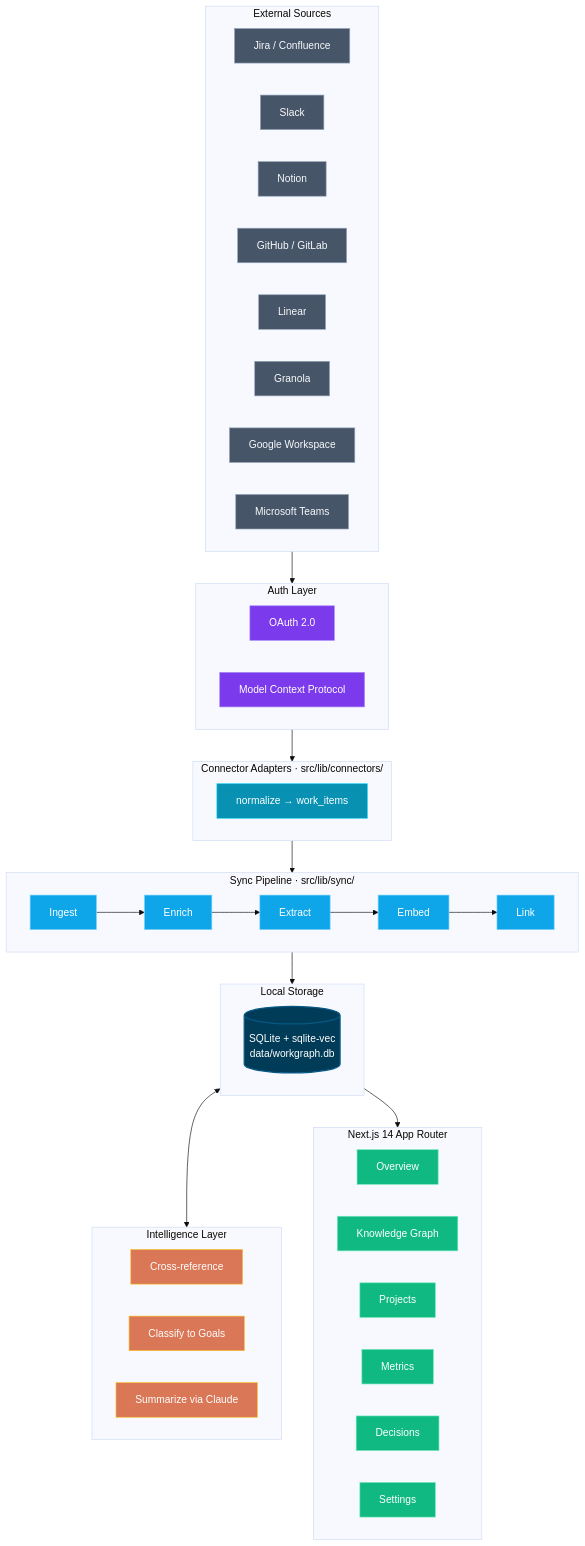
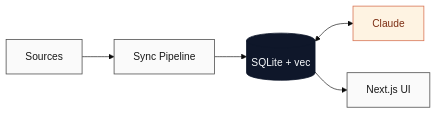
Before and after one commit to pyalwin/workgraph: the diagram in README.md, drawn with Mermaid (base theme). The commit also changed other lines of this file, not shown here.

Commit message:
docs: compact monochrome architecture diagram, drop sequence diagram
5-node horizontal flow with two accents (storage dark, Claude warm),
neutral palette elsewhere. Drops the sequence diagram in favor of the
existing numbered Data Flow list.

````diff
--- a/README.md
+++ b/README.md
@@ -66,73 +66,15 @@
 ```mermaid
-flowchart TD
-    subgraph SOURCES["External Sources"]
-        direction LR
-        S1[Jira / Confluence]
-        S2[Slack]
-        S3[Notion]
-        S4[GitHub / GitLab]
-        S5[Linear]
-        S6[Granola]
-        S7[Google Workspace]
-        S8[Microsoft Teams]
-    end
+flowchart LR
+    Src["Sources"] --> Sync["Sync Pipeline"]
+    Sync --> DB[("SQLite + vec")]
+    DB <--> AI["Claude"]
+    DB --> UI["Next.js UI"]
 
-    subgraph AUTH["Auth Layer"]
-        direction LR
-        A1[OAuth 2.0]
-        A2[Model Context Protocol]
-    end
+    classDef base fill:#fafafa,stroke:#525252,color:#171717,stroke-width:1.25px
+    classDef store fill:#0f172a,stroke:#0f172a,color:#f8fafc,stroke-width:1.25px
+    classDef ai fill:#fef3e2,stroke:#D97757,color:#7c2d12,stroke-width:1.25px
 
-    subgraph ADAPTERS["Connector Adapters · src/lib/connectors/"]
-        AD["normalize → work_items"]
-    end
-
-    subgraph PIPELINE["Sync Pipeline · src/lib/sync/"]
-        direction LR
-        P1[Ingest] --> P2[Enrich] --> P3[Extract] --> P4[Embed] --> P5[Link]
-    end
-
-    subgraph STORAGE["Local Storage"]
-        DB[("SQLite + sqlite-vec<br/>data/workgraph.db")]
-    end
-
-    subgraph INTEL["Intelligence Layer"]
-        direction LR
-        I1[Cross-reference]
-        I2[Classify to Goals]
-        I3[Summarize via Claude]
-    end
-
-    subgraph UI["Next.js 14 App Router"]
-        direction LR
-        U1[Overview]
-        U2[Knowledge Graph]
-        U3[Projects]
-        U4[Metrics]
-        U5[Decisions]
-        U6[Settings]
-    end
-
-    SOURCES --> AUTH
-    AUTH --> ADAPTERS
-    ADAPTERS --> PIPELINE
-    PIPELINE --> STORAGE
-    STORAGE <--> INTEL
-    STORAGE --> UI
-
-    classDef sourceNode fill:#475569,stroke:#94a3b8,color:#f8fafc,stroke-width:1px
-    classDef authNode fill:#7c3aed,stroke:#a78bfa,color:#fff,stroke-width:1px
-    classDef adapterNode fill:#0891b2,stroke:#22d3ee,color:#fff,stroke-width:1px
-    classDef pipelineNode fill:#0ea5e9,stroke:#7dd3fc,color:#fff,stroke-width:1px
-    classDef storageNode fill:#003B57,stroke:#075985,color:#fff,stroke-width:2px
-    classDef intelNode fill:#D97757,stroke:#fbbf24,color:#fff,stroke-width:1px
-    classDef uiNode fill:#10b981,stroke:#6ee7b7,color:#fff,stroke-width:1px
-
-    class S1,S2,S3,S4,S5,S6,S7,S8 sourceNode
-    class A1,A2 authNode
-    class AD adapterNode
-    class P1,P2,P3,P4,P5 pipelineNode
-    class DB storageNode
-    class I1,I2,I3 intelNode
-    class U1,U2,U3,U4,U5,U6 uiNode
+    class Src,Sync,UI base
+    class DB store
+    class AI ai
 ```
````
